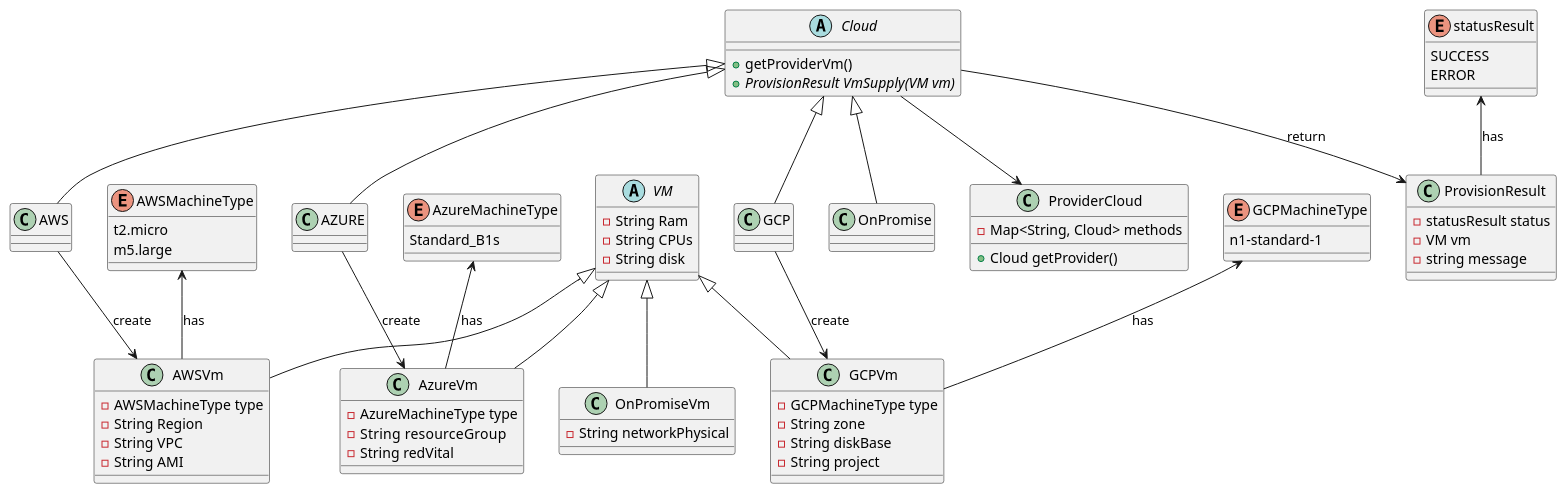
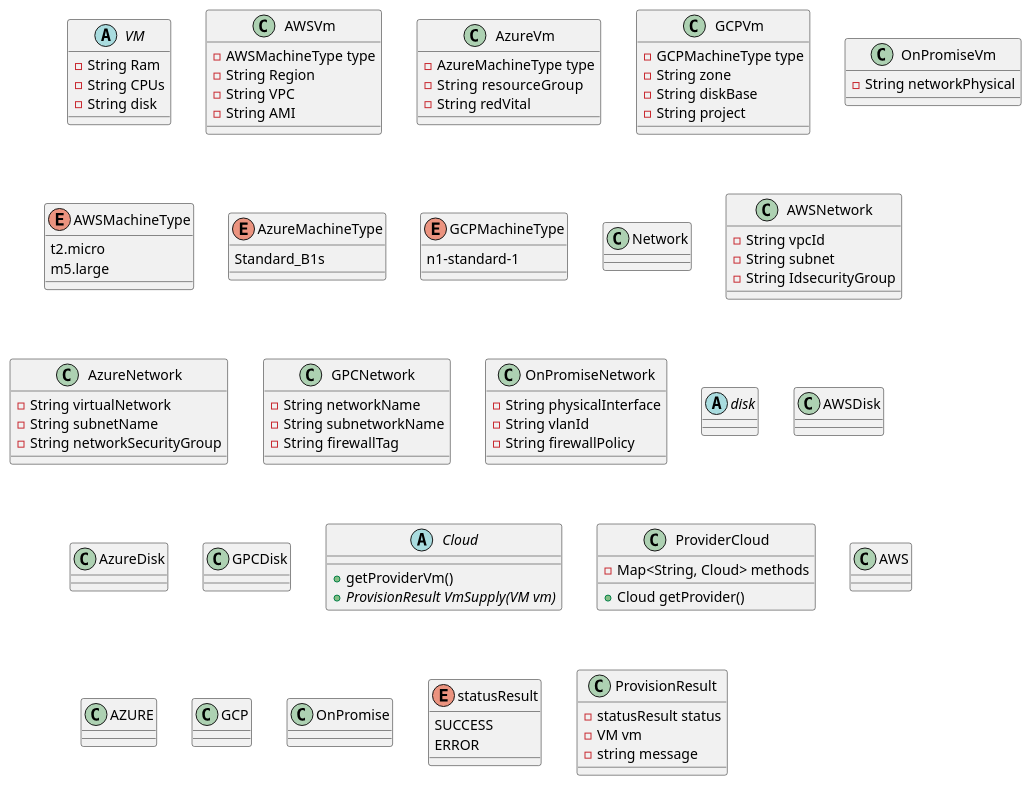
The diagram in uml/classPatterns.wsd (david123456858/Design-patterns-Cloud), drawn with PlantUML before and after one commit.

Commit message:
movimiento de abstract

```diff
--- a/uml/classPatterns.wsd
+++ b/uml/classPatterns.wsd
@@ -1,92 +1,157 @@
 @startuml cloud-factory
+
+'------------- familias 1 virtualMachine ------------
 abstract class VM {
 - String Ram
 - String CPUs
 - String disk
-}
-
-enum AWSMachineType{
-t2.micro 
-m5.large
-}
-enum AzureMachineType {
-Standard_B1s
-}
-enum GCPMachineType {
-n1-standard-1
 }
 
 class AWSVm {
 - AWSMachineType type
 - String Region
 - String VPC
 - String AMI
 }
 class AzureVm{
 - AzureMachineType type
 - String  resourceGroup
 - String redVital
 }
 class GCPVm{
 - GCPMachineType type
 - String zone
 - String diskBase
 - String project
 }
 class OnPromiseVm{
     - String networkPhysical
 }
 
+enum AWSMachineType{
+    t2.micro 
+    m5.large
+}
+enum AzureMachineType {
+    Standard_B1s
+}
+enum GCPMachineType {
+    n1-standard-1
+}
+
+'------------- Familia 2 Network ---------------
+
+class Network {
+    
+}
+
+class AWSNetwork {
+    - String vpcId
+    - String subnet
+    - String IdsecurityGroup
+}
+
+class AzureNetwork {
+    - String virtualNetwork
+    - String subnetName
+    - String networkSecurityGroup
+}
+
+class GPCNetwork {
+    - String networkName
+    - String subnetworkName
+    - String firewallTag
+}
+
+class OnPromiseNetwork {
+    - String physicalInterface
+    - String vlanId
+    - String firewallPolicy
+}
+'-----------------------------------------------
+
+
+
+
+'------------- Familia 3 Disk ------------------
+abstract class disk {
+
+}
+
+class AWSDisk {
+    
+}
+
+class AzureDisk {
+    
+}
+
+class GPCDisk {
+
+}
+
+'-----------------------------------------------
+
+
+'----------------- Fabricas --------------------
+
 abstract class Cloud{
 + getProviderVm()
 + {abstract} ProvisionResult VmSupply(VM vm)
 }
 
 class ProviderCloud {
     - Map<String, Cloud> methods
     + Cloud getProvider()
 }
 
 class AWS{}
 class AZURE{}
 class GCP{}
 class OnPromise{}
 
-Cloud <|-- AWS
-Cloud <|-- GCP
-Cloud <|-- AZURE
-Cloud <|-- OnPromise
+'-----------------------------------------------
 
-AWS --> AWSVm : create
-AZURE --> AzureVm : create
-GCP --> GCPVm : create
 
-Cloud --> ProviderCloud
 
-VM <|-- AzureVm
-VM <|-- GCPVm
-VM <|-- AWSVm
-VM <|-- OnPromiseVm
-
-AzureMachineType <-- AzureVm : has
-AWSMachineType <-- AWSVm : has
-GCPMachineType <-- GCPVm : has 
 
 
 
 enum statusResult {
     SUCCESS
     ERROR
 }
 
 class ProvisionResult {
     - statusResult status
     - VM vm
     - string message
 }
 
-Cloud --> ProvisionResult: return
-statusResult <-- ProvisionResult : has
+
+' Cloud <|-- AWS
+' Cloud <|-- GCP
+' Cloud <|-- AZURE
+' Cloud <|-- OnPromise
+
+' AWS --> AWSVm : create
+' AZURE --> AzureVm : create
+' GCP --> GCPVm : create
+
+' Cloud --> ProviderCloud
+
+' VM <|-- AzureVm
+' VM <|-- GCPVm
+' VM <|-- AWSVm
+' VM <|-- OnPromiseVm
+
+' AzureMachineType <-- AzureVm : has
+' AWSMachineType <-- AWSVm : has
+' GCPMachineType <-- GCPVm : has 
+
+
+' Cloud --> ProvisionResult: return
+' statusResult <-- ProvisionResult : has
 
 
 @enduml
```
